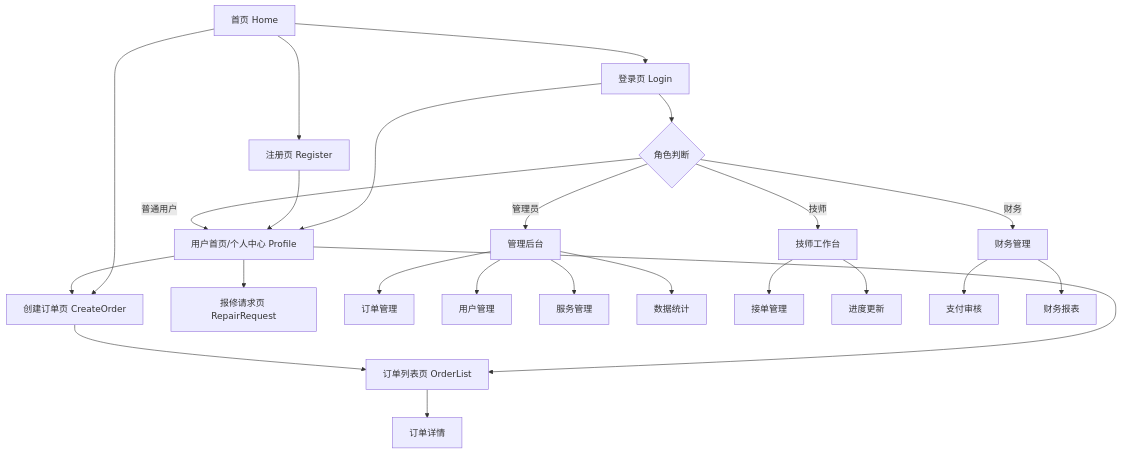
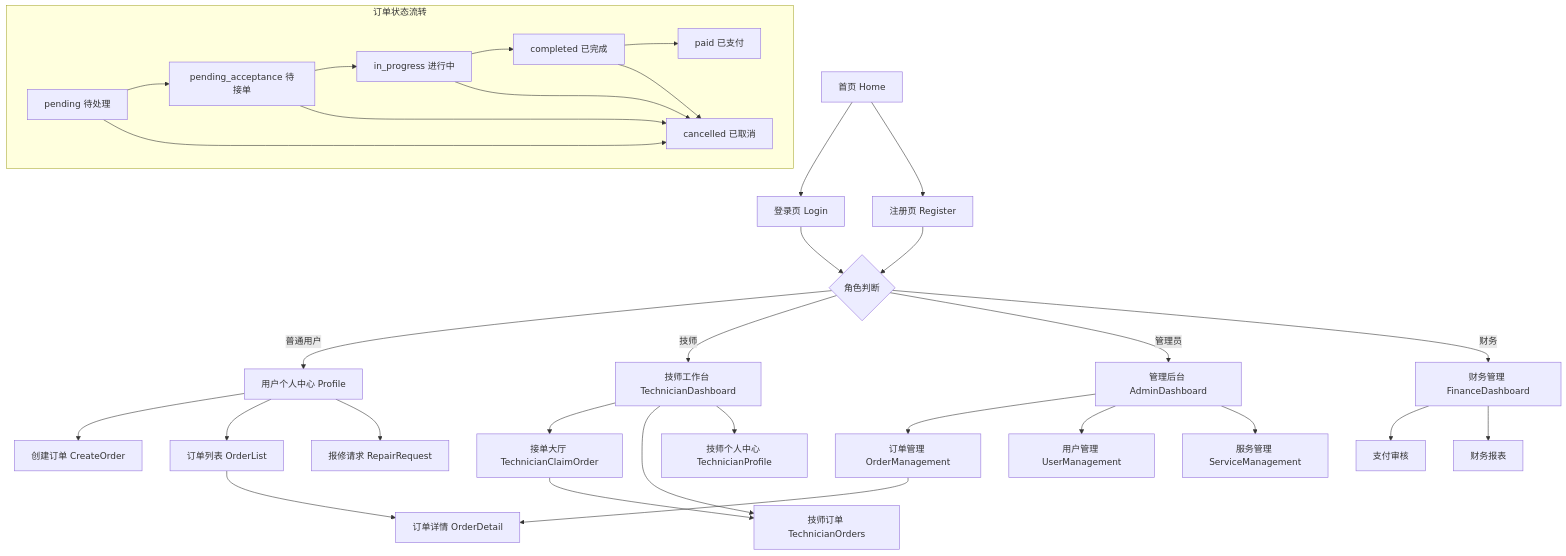
One commit to JackWPP/XGX_Flash_Fix changed the first of 4 diagrams in docs/产品需求文档.md. Above: the diagram before and after it, drawn with Mermaid. The commit also changed other lines of this file and 12 other files, not shown here.

````diff
--- a/docs/产品需求文档.md
+++ b/docs/产品需求文档.md
@@ -68,30 +205,41 @@
 ```mermaid
 graph TD
-  A[首页 Home] --> B[登录页 Login]
-  A --> C[注册页 Register]
-  B --> D[用户首页/个人中心 Profile]
-  C --> D
-  A --> E[创建订单页 CreateOrder]
-  D --> E
-  D --> F[订单列表页 OrderList]
-  D --> G[报修请求页 RepairRequest]
-  E --> F
-  F --> H[订单详情]
+    A[首页 Home] --> B[登录页 Login]
+    A --> C[注册页 Register]
+    B --> D{角色判断}
+    C --> D
   
-  B --> I{角色判断}
-  I -->|普通用户| D
-  I -->|技师| J[技师工作台]
-  I -->|管理员| K[管理后台]
-  I -->|财务| L[财务管理]
+    D -->|普通用户| E[用户个人中心 Profile]
+    D -->|技师| F[技师工作台 TechnicianDashboard]
+    D -->|管理员| G[管理后台 AdminDashboard]
+    D -->|财务| H[财务管理 FinanceDashboard]
   
-  K --> M[订单管理]
-  K --> N[用户管理]
-  K --> O[服务管理]
-  K --> P[数据统计]
+    E --> I[创建订单 CreateOrder]
+    E --> J[订单列表 OrderList]
+    E --> K[报修请求 RepairRequest]
+    J --> L[订单详情 OrderDetail]
   
-  J --> Q[接单管理]
-  J --> R[进度更新]
+    F --> M[接单大厅 TechnicianClaimOrder]
+    F --> N[技师订单 TechnicianOrders]
+    F --> O[技师个人中心 TechnicianProfile]
+    M --> N
   
-  L --> S[支付审核]
-  L --> T[财务报表]
+    G --> P[订单管理 OrderManagement]
+    G --> Q[用户管理 UserManagement]
+    G --> R[服务管理 ServiceManagement]
+    P --> L
+  
+    H --> S[支付审核]
+    H --> T[财务报表]
+  
+    subgraph "订单状态流转"
+        U[pending 待处理] --> V[pending_acceptance 待接单]
+        V --> W[in_progress 进行中]
+        W --> X[completed 已完成]
+        X --> Y[paid 已支付]
+        U --> Z[cancelled 已取消]
+        V --> Z
+        W --> Z
+        X --> Z
+    end
 ```
````
